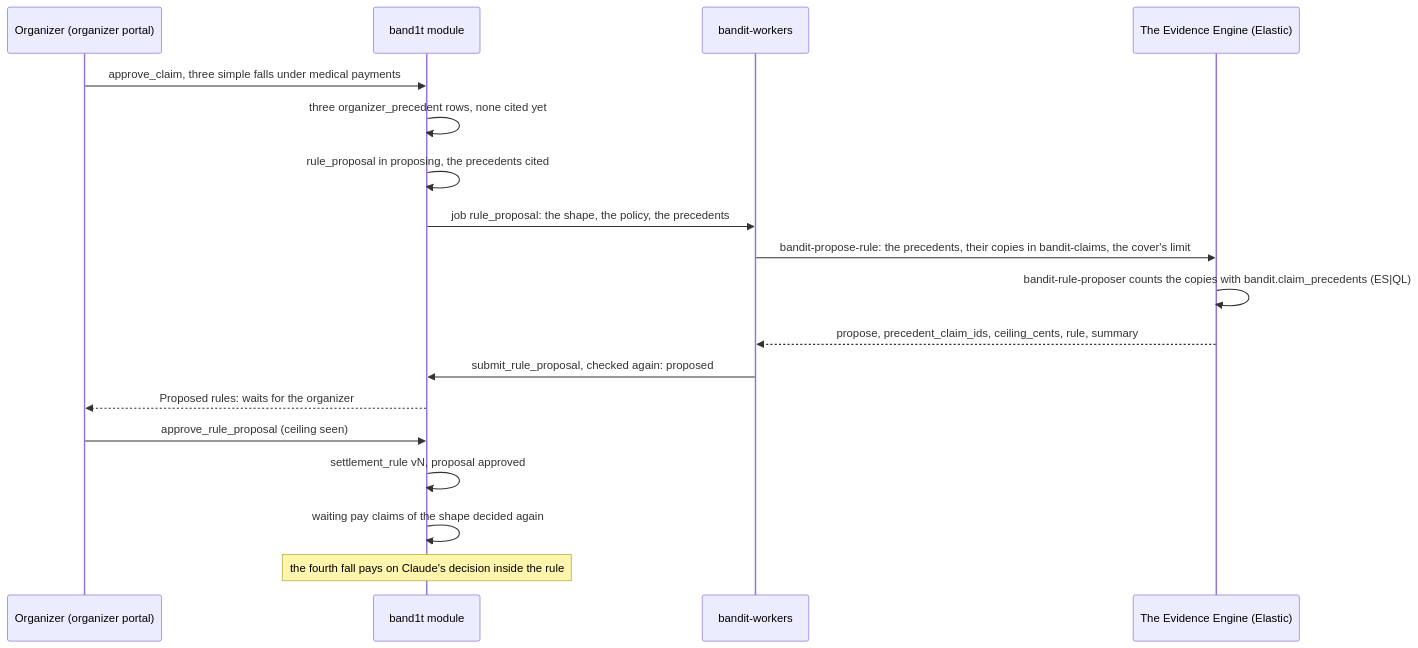
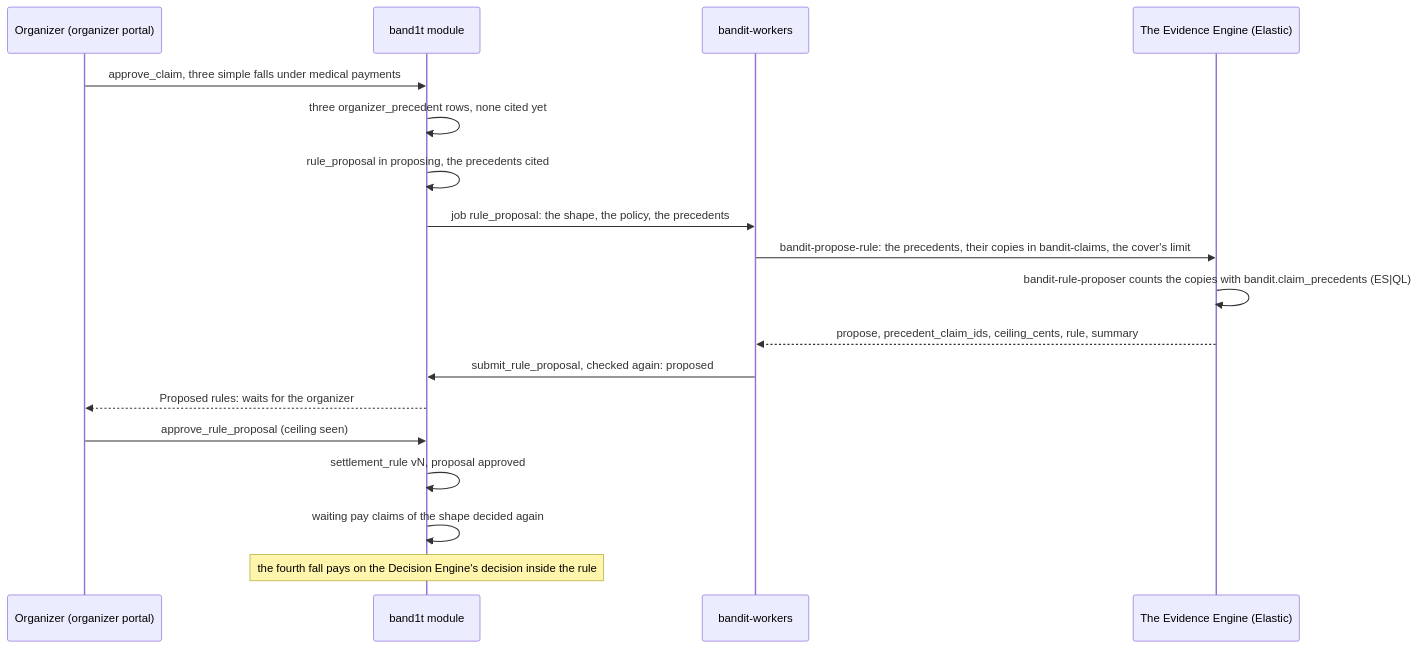
The third of 6 diagrams in System Design/6-features/Insurance.md (viktorinkov/cal-hacks-13), drawn with Mermaid before and after one commit. The commit also changed other lines of this file and 50 other files, not shown here.

````diff
--- a/System Design/6-features/Insurance.md
+++ b/System Design/6-features/Insurance.md
@@ -354,20 +358,20 @@
 ```mermaid
 sequenceDiagram
   participant O as Organizer (organizer portal)
   participant M as band1t module
   participant W as bandit-workers
   participant E as The Evidence Engine (Elastic)
   O->>M: approve_claim, three simple falls under medical payments
   M->>M: three organizer_precedent rows, none cited yet
   M->>M: rule_proposal in proposing, the precedents cited
   M->>W: job rule_proposal: the shape, the policy, the precedents
   W->>E: bandit-propose-rule: the precedents, their copies in bandit-claims, the cover's limit
   E->>E: bandit-rule-proposer counts the copies with bandit.claim_precedents (ES|QL)
   E-->>W: propose, precedent_claim_ids, ceiling_cents, rule, summary
   W->>M: submit_rule_proposal, checked again: proposed
   M-->>O: Proposed rules: waits for the organizer
   O->>M: approve_rule_proposal (ceiling seen)
   M->>M: settlement_rule vN, proposal approved
   M->>M: waiting pay claims of the shape decided again
-  Note over M: the fourth fall pays on Claude's decision inside the rule
+  Note over M: the fourth fall pays on the Decision Engine's decision inside the rule
 ```
````
